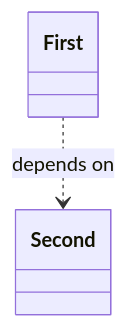
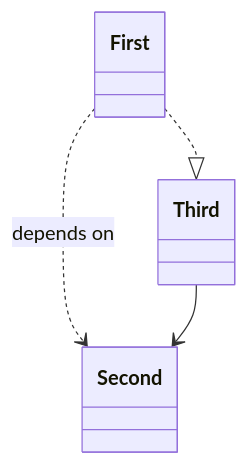
Before and after one commit to alg/diagrams: the second of 2 diagrams in docs/index.md, drawn with Mermaid.

Commit message:
More dependencies

````diff
--- a/docs/index.md
+++ b/docs/index.md
@@ -13,8 +13,11 @@
 ```mermaid
 classDiagram
 
 class First
 class Second
+class Third
 
 First ..> Second: depends on
+First ..|> Third
+Third --> Second
 ```
````
